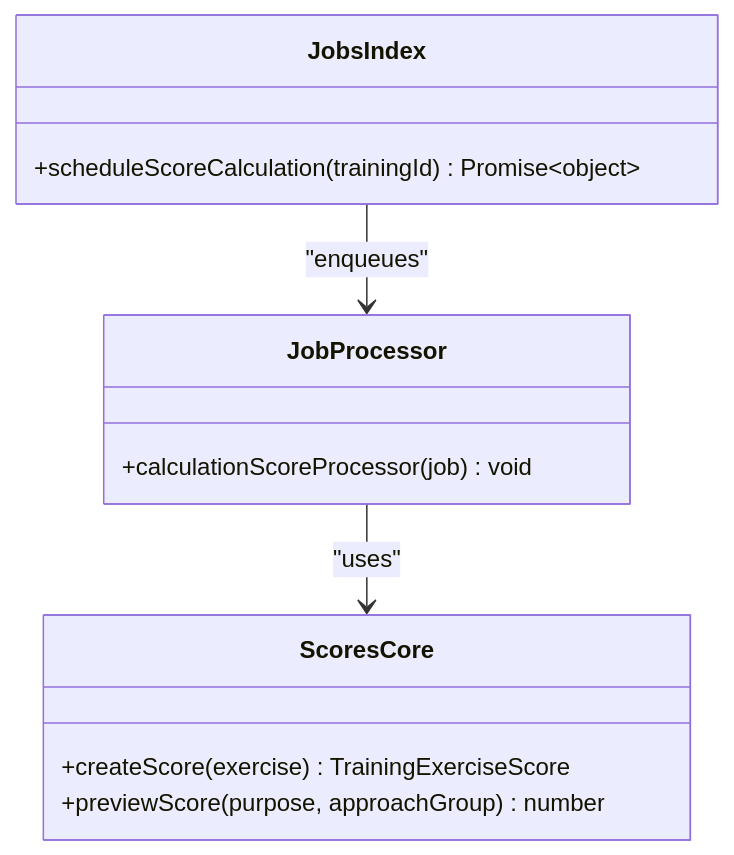
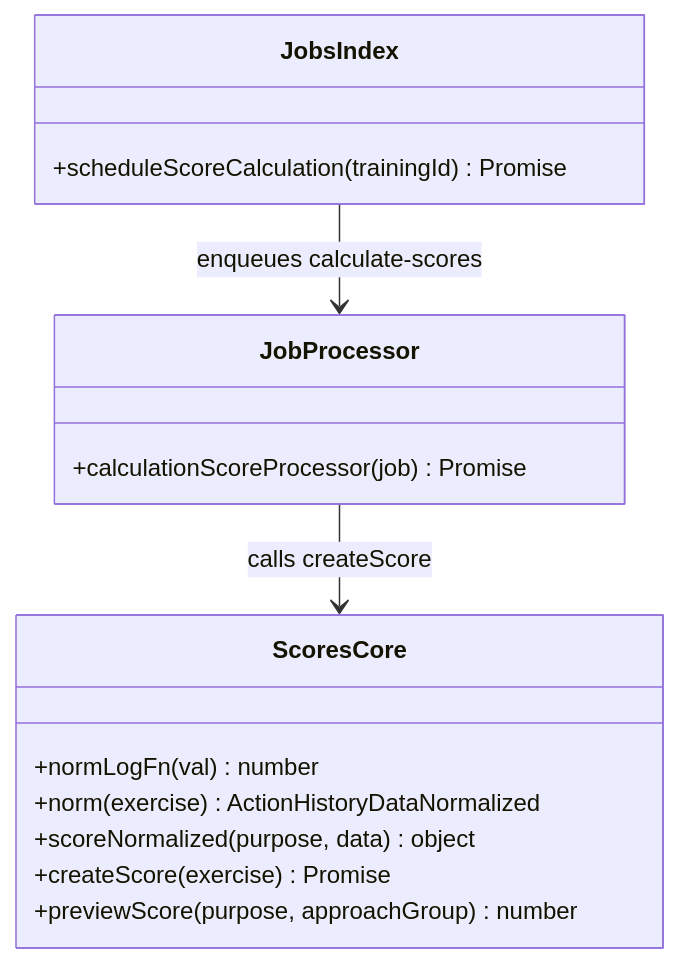
Before and after one commit to Dezzpil/meingym: the seventh of 9 diagrams in .qoder/repowiki/en/content/Training Execution Flow.md, drawn with Mermaid. The commit also changed other lines of this file and 12 other files, not shown here.

````diff
--- a/.qoder/repowiki/en/content/Training Execution Flow.md
+++ b/.qoder/repowiki/en/content/Training Execution Flow.md
@@ -248,15 +460,18 @@
 ```mermaid
 classDiagram
 class ScoresCore {
-+createScore(exercise) TrainingExerciseScore
++normLogFn(val) number
++norm(exercise) ActionHistoryDataNormalized
++scoreNormalized(purpose, data) object
++createScore(exercise) Promise
 +previewScore(purpose, approachGroup) number
 }
 class JobProcessor {
-+calculationScoreProcessor(job) void
++calculationScoreProcessor(job) Promise
 }
 class JobsIndex {
-+scheduleScoreCalculation(trainingId) Promise~object~
++scheduleScoreCalculation(trainingId) Promise
 }
-JobProcessor --> ScoresCore : "uses"
-JobsIndex --> JobProcessor : "enqueues"
+JobProcessor --> ScoresCore : calls createScore
+JobsIndex --> JobProcessor : enqueues calculate-scores
 ```
````
